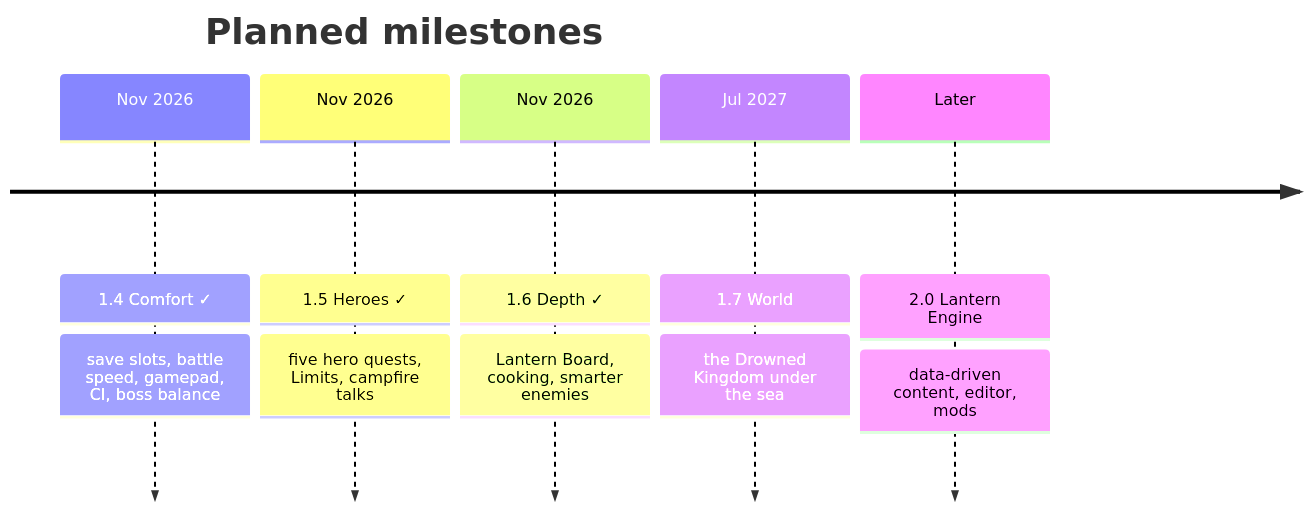
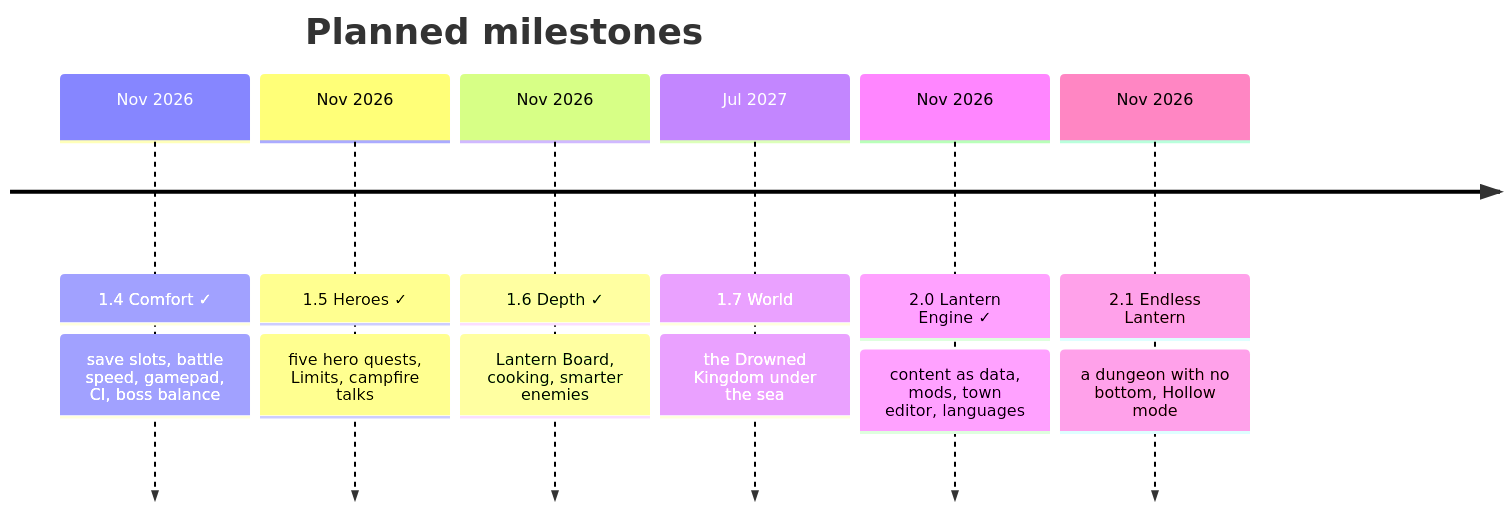
One commit to CptNope/Laternfall changed the fifth of 5 diagrams in README.md. Above: the diagram before and after it, drawn with Mermaid. The commit also changed other lines of this file and 25 other files, not shown here.

````diff
--- a/README.md
+++ b/README.md
@@ -401,9 +405,10 @@
 ```mermaid
 timeline
     title Planned milestones
     Nov 2026 : 1.4 Comfort ✓ : save slots, battle speed, gamepad, CI, boss balance
     Nov 2026 : 1.5 Heroes ✓ : five hero quests, Limits, campfire talks
     Nov 2026 : 1.6 Depth ✓ : Lantern Board, cooking, smarter enemies
     Jul 2027 : 1.7 World : the Drowned Kingdom under the sea
-    Later : 2.0 Lantern Engine : data-driven content, editor, mods
+    Nov 2026 : 2.0 Lantern Engine ✓ : content as data, mods, town editor, languages
+    Nov 2026 : 2.1 Endless Lantern : a dungeon with no bottom, Hollow mode
 ```
````
